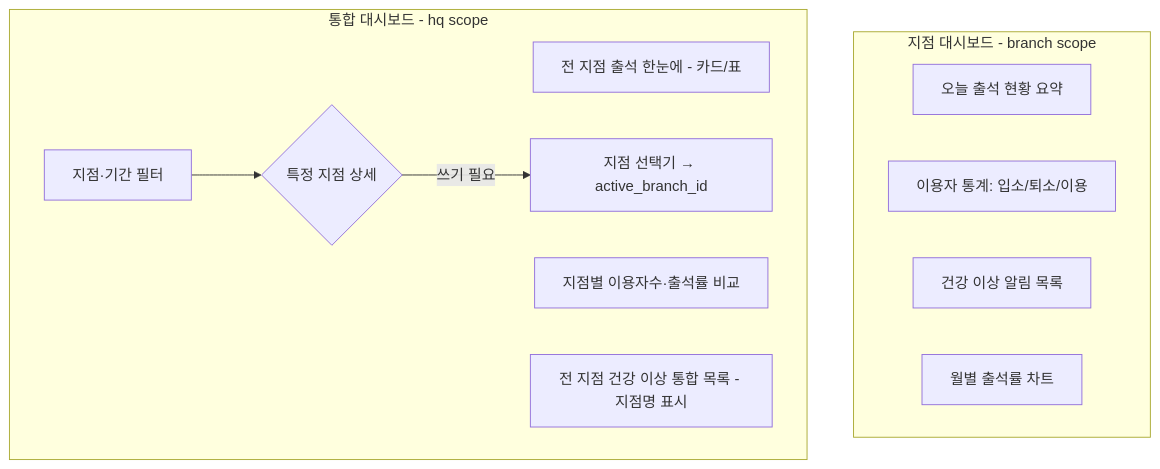
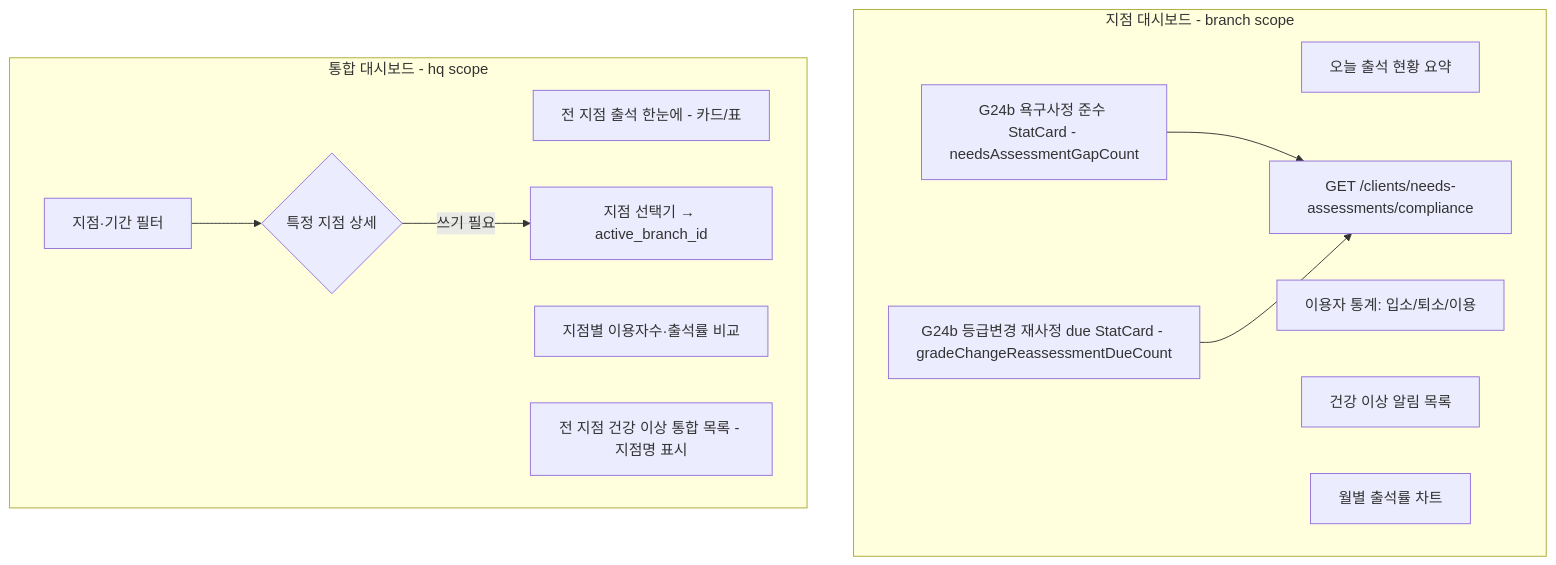
Before and after one commit to ogada-web/ogada: the tenth of 14 diagrams in docs/planning/FLOWCHART.md, drawn with Mermaid. The commit also changed other lines of this file and 677 other files, not shown here.

````diff
--- a/docs/planning/FLOWCHART.md
+++ b/docs/planning/FLOWCHART.md
@@ -218,17 +220,21 @@
 ```mermaid
 flowchart TD
   subgraph BR[지점 대시보드 - branch scope]
     D1[오늘 출석 현황 요약]
     D2[이용자 통계: 입소/퇴소/이용]
     D3[건강 이상 알림 목록]
     D4[월별 출석률 차트]
+    D5[G24b 욕구사정 준수 StatCard - needsAssessmentGapCount]
+    D6[G24b 등급변경 재사정 due StatCard - gradeChangeReassessmentDueCount]
+    D5 --> API1[GET /clients/needs-assessments/compliance]
+    D6 --> API1
   end
   subgraph HQ[통합 대시보드 - hq scope]
     E1[전 지점 출석 한눈에 - 카드/표]
     E2[지점별 이용자수·출석률 비교]
     E3[전 지점 건강 이상 통합 목록 - 지점명 표시]
     E4[지점·기간 필터]
     E4 --> E5{특정 지점 상세}
     E5 -->|쓰기 필요| F[지점 선택기 → active_branch_id]
   end
 ```
````
